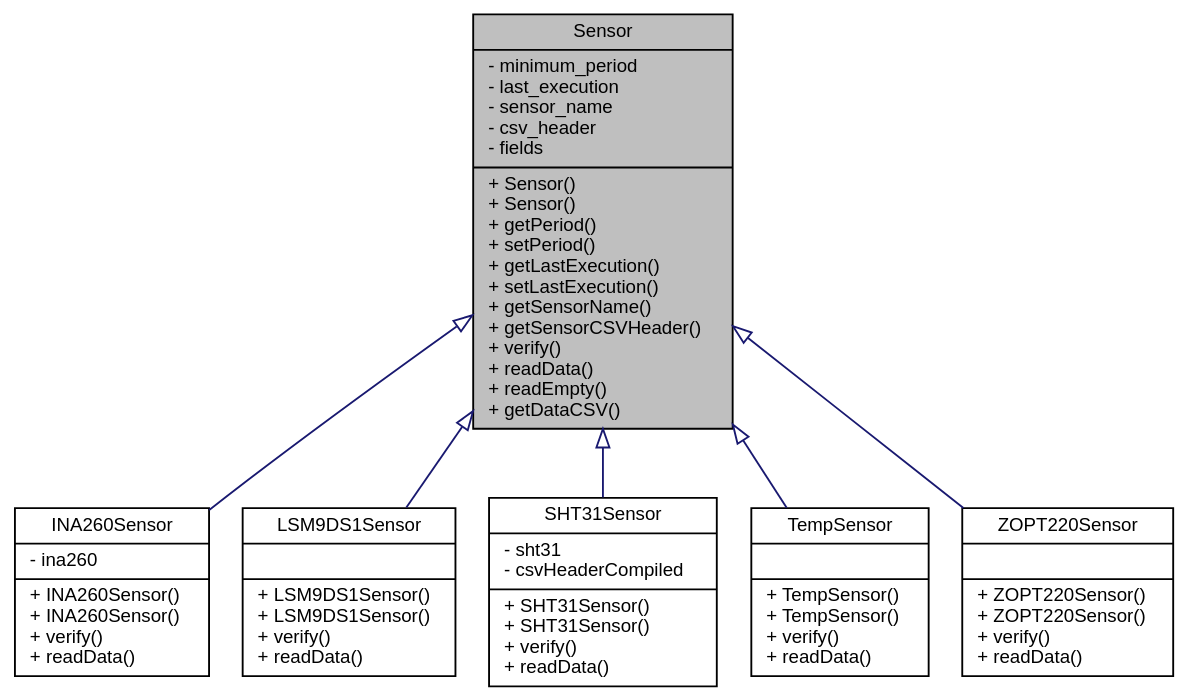
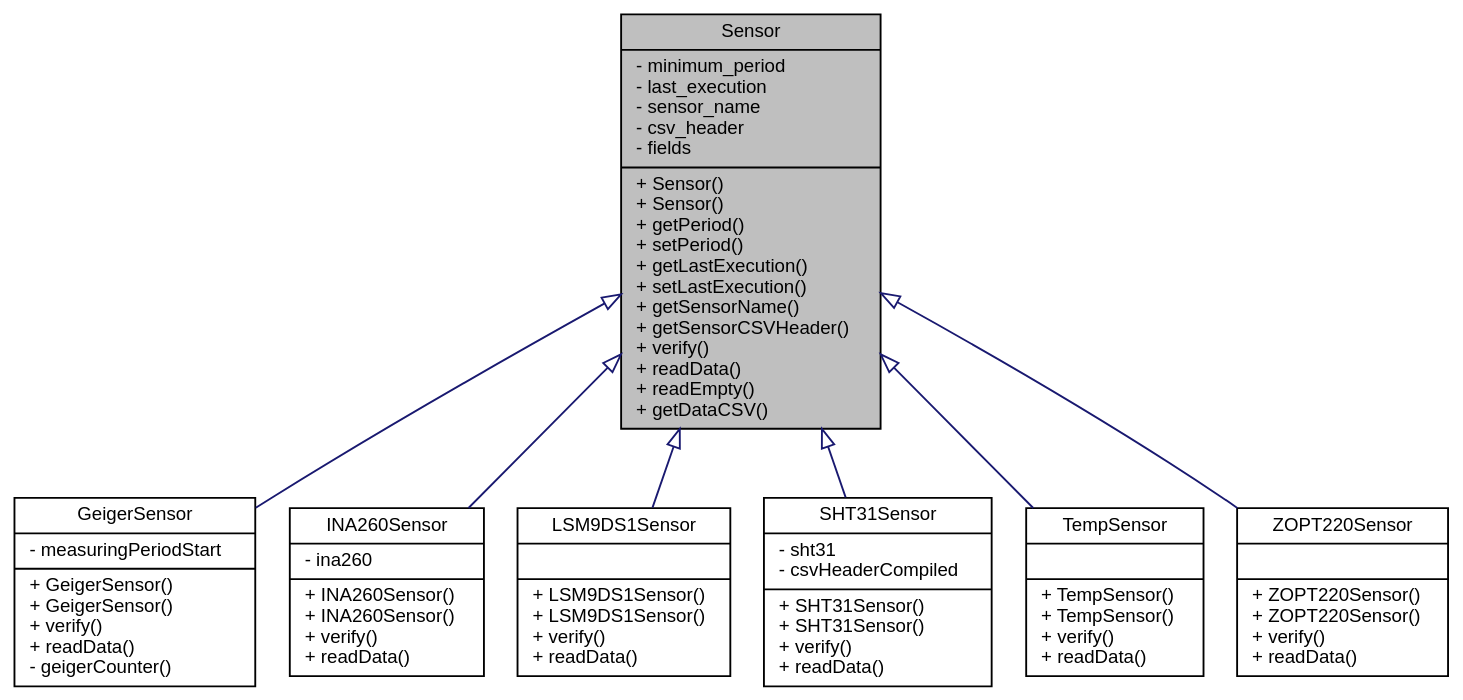
Before and after one commit to ASU-ASCEND/Fall-2024: the diagram in docs/classSensor__inherit__graph.dot, drawn with Graphviz. The commit also changed 78 other files, not shown here.

```diff
--- a/docs/classSensor__inherit__graph.dot
+++ b/docs/classSensor__inherit__graph.dot
@@ -1,19 +1,21 @@
 digraph "Sensor"
 {
  // INTERACTIVE_SVG=YES
  // LATEX_PDF_SIZE
   bgcolor="transparent";
   edge [fontname="Helvetica",fontsize="10",labelfontname="Helvetica",labelfontsize="10"];
   node [fontname="Helvetica",fontsize="10",shape=record];
   Node1 [label="{Sensor\n|- minimum_period\l- last_execution\l- sensor_name\l- csv_header\l- fields\l|+ Sensor()\l+ Sensor()\l+ getPeriod()\l+ setPeriod()\l+ getLastExecution()\l+ setLastExecution()\l+ getSensorName()\l+ getSensorCSVHeader()\l+ verify()\l+ readData()\l+ readEmpty()\l+ getDataCSV()\l}",height=0.2,width=0.4,color="black", fillcolor="grey75", style="filled", fontcolor="black",tooltip="Parent class for sensor objects."];
   Node1 -> Node2 [dir="back",color="midnightblue",fontsize="10",style="solid",arrowtail="onormal",fontname="Helvetica"];
-  Node2 [label="{INA260Sensor\n|- ina260\l|+ INA260Sensor()\l+ INA260Sensor()\l+ verify()\l+ readData()\l}",height=0.2,width=0.4,color="black",URL="$classINA260Sensor.html",tooltip="A class to interface with the Adafruit INA260 sensor for current, voltage, and power measurements."];
+  Node2 [label="{GeigerSensor\n|- measuringPeriodStart\l|+ GeigerSensor()\l+ GeigerSensor()\l+ verify()\l+ readData()\l- geigerCounter()\l}",height=0.2,width=0.4,color="black",URL="$classGeigerSensor.html",tooltip="A class for interfacing with a Geiger counter sensor."];
   Node1 -> Node3 [dir="back",color="midnightblue",fontsize="10",style="solid",arrowtail="onormal",fontname="Helvetica"];
-  Node3 [label="{LSM9DS1Sensor\n||+ LSM9DS1Sensor()\l+ LSM9DS1Sensor()\l+ verify()\l+ readData()\l}",height=0.2,width=0.4,color="black",URL="$classLSM9DS1Sensor.html",tooltip=" "];
+  Node3 [label="{INA260Sensor\n|- ina260\l|+ INA260Sensor()\l+ INA260Sensor()\l+ verify()\l+ readData()\l}",height=0.2,width=0.4,color="black",URL="$classINA260Sensor.html",tooltip="A class to interface with the Adafruit INA260 sensor for current, voltage, and power measurements."];
   Node1 -> Node4 [dir="back",color="midnightblue",fontsize="10",style="solid",arrowtail="onormal",fontname="Helvetica"];
-  Node4 [label="{SHT31Sensor\n|- sht31\l- csvHeaderCompiled\l|+ SHT31Sensor()\l+ SHT31Sensor()\l+ verify()\l+ readData()\l}",height=0.2,width=0.4,color="black",URL="$classSHT31Sensor.html",tooltip="Interfaces with SHT31 Sensor to collect temperature and humidity data."];
+  Node4 [label="{LSM9DS1Sensor\n||+ LSM9DS1Sensor()\l+ LSM9DS1Sensor()\l+ verify()\l+ readData()\l}",height=0.2,width=0.4,color="black",URL="$classLSM9DS1Sensor.html",tooltip=" "];
   Node1 -> Node5 [dir="back",color="midnightblue",fontsize="10",style="solid",arrowtail="onormal",fontname="Helvetica"];
-  Node5 [label="{TempSensor\n||+ TempSensor()\l+ TempSensor()\l+ verify()\l+ readData()\l}",height=0.2,width=0.4,color="black",URL="$classTempSensor.html",tooltip="Implementation of a Sensor for the onboard temperature sensor."];
+  Node5 [label="{SHT31Sensor\n|- sht31\l- csvHeaderCompiled\l|+ SHT31Sensor()\l+ SHT31Sensor()\l+ verify()\l+ readData()\l}",height=0.2,width=0.4,color="black",URL="$classSHT31Sensor.html",tooltip="Interfaces with SHT31 Sensor to collect temperature and humidity data."];
   Node1 -> Node6 [dir="back",color="midnightblue",fontsize="10",style="solid",arrowtail="onormal",fontname="Helvetica"];
-  Node6 [label="{ZOPT220Sensor\n||+ ZOPT220Sensor()\l+ ZOPT220Sensor()\l+ verify()\l+ readData()\l}",height=0.2,width=0.4,color="black",URL="$classZOPT220Sensor.html",tooltip="A class to interface with the ZOPT220x UV and ambient light sensor."];
+  Node6 [label="{TempSensor\n||+ TempSensor()\l+ TempSensor()\l+ verify()\l+ readData()\l}",height=0.2,width=0.4,color="black",URL="$classTempSensor.html",tooltip="Implementation of a Sensor for the onboard temperature sensor."];
+  Node1 -> Node7 [dir="back",color="midnightblue",fontsize="10",style="solid",arrowtail="onormal",fontname="Helvetica"];
+  Node7 [label="{ZOPT220Sensor\n||+ ZOPT220Sensor()\l+ ZOPT220Sensor()\l+ verify()\l+ readData()\l}",height=0.2,width=0.4,color="black",URL="$classZOPT220Sensor.html",tooltip="A class to interface with the ZOPT220x UV and ambient light sensor."];
 }
```
